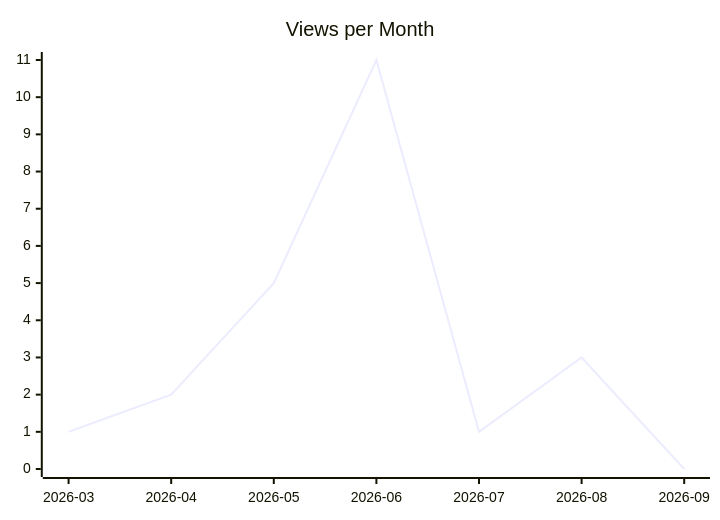
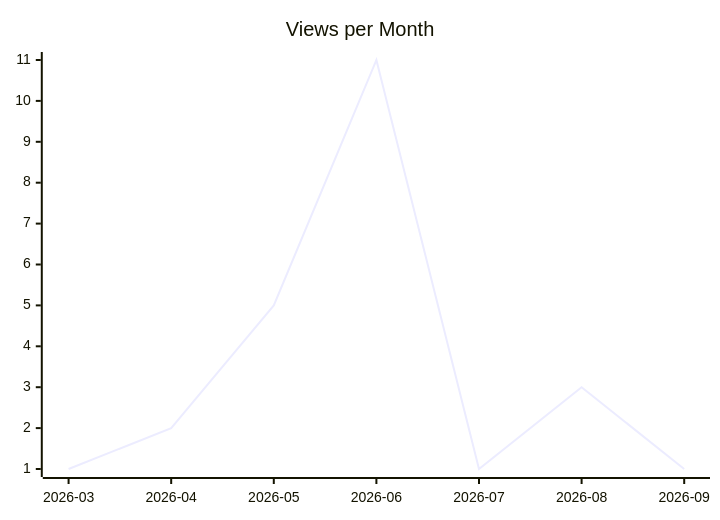
One commit to justdavis-family/github-analytics-data changed the second of 3 diagrams in karlmdavis/justdavis-ansible/README.md. Above: the diagram before and after it, drawn with Mermaid. The commit also changed other lines of this file and 200 other files, not shown here.

````diff
--- a/karlmdavis/justdavis-ansible/README.md
+++ b/karlmdavis/justdavis-ansible/README.md
@@ -12,6 +12,6 @@
 ```mermaid
 xychart-beta
   title "Views per Month"
   x-axis ["2026-03", "2026-04", "2026-05", "2026-06", "2026-07", "2026-08", "2026-09"]
-  line [1, 2, 5, 11, 1, 3, 0]
+  line [1, 2, 5, 11, 1, 3, 1]
 ```
````
